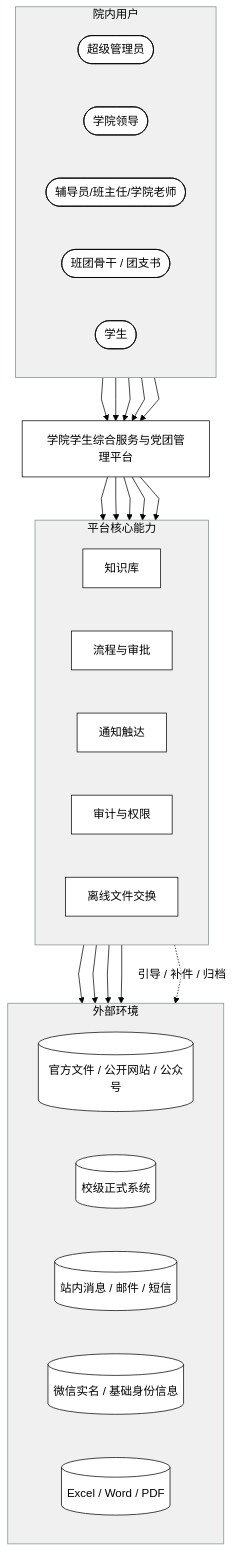
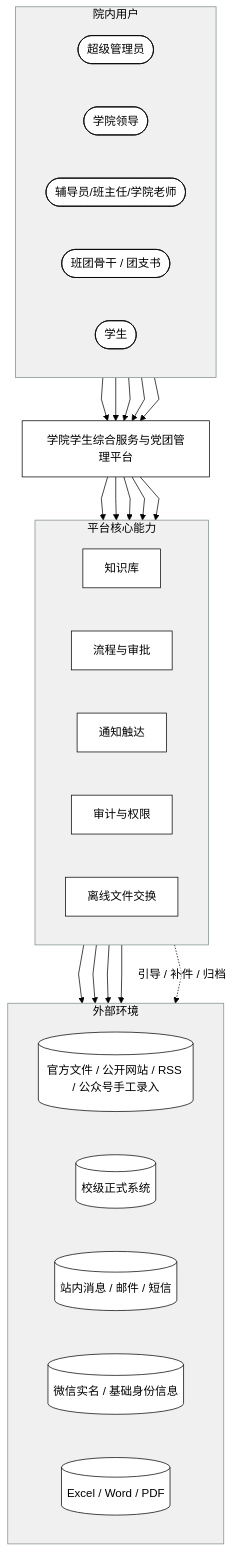
Before and after one commit to RUC-zlhz/super-ruc: the diagram in docs/srs/02-software-glance.md, drawn with Mermaid. The commit also changed other lines of this file and 95 other files, not shown here.

````diff
--- a/docs/srs/02-software-glance.md
+++ b/docs/srs/02-software-glance.md
@@ -8,71 +8,71 @@
 ```mermaid
 %%{
   init: {
     "theme": "base",
     "themeVariables": {
       "fontFamily": "Times New Roman, SimSun, serif",
       "primaryColor": "#ffffff",
       "primaryBorderColor": "#000000",
       "primaryTextColor": "#000000",
       "lineColor": "#000000",
       "clusterBkg": "#f0f0f0",
       "clusterBorder": "#7f8c8d",
       "fontSize": "16px",
       "lineWidth": "2px"
     },
     "flowchart": {
       "curve": "linear",
       "nodeSpacing": 60,
       "rankSpacing": 60,
       "htmlLabels": false
     }
   }
 }%%
 flowchart TB
     subgraph Users[院内用户]
         direction LR
         Admin([超级管理员])
         Leader([学院领导])
         Teacher([辅导员/班主任/学院老师])
         Cadre([班团骨干 / 团支书])
         Student([学生])
     end
 
     Platform[学院学生综合服务与党团管理平台]
 
     subgraph Capability[平台核心能力]
         direction LR
         Knowledge[知识库]
         Workflow[流程与审批]
         Notify[通知触达]
         Audit[审计与权限]
         Exchange[离线文件交换]
     end
 
     subgraph External[外部环境]
         direction LR
-        Official[(官方文件 / 公开网站 / 公众号)]
+        Official[(官方文件 / 公开网站 / RSS / 公众号手工录入)]
         School[(校级正式系统)]
         Message[(站内消息 / 邮件 / 短信)]
         Identity[(微信实名 / 基础身份信息)]
         Files[(Excel / Word / PDF)]
     end
 
     Student --> Platform
     Cadre --> Platform
     Teacher --> Platform
     Leader --> Platform
     Admin --> Platform
 
     Platform --> Knowledge
     Platform --> Workflow
     Platform --> Notify
     Platform --> Audit
     Platform --> Exchange
 
     Knowledge --> Official
     Exchange --> Identity
     Exchange --> Files
     Notify --> Message
     Workflow -. 引导 / 补件 / 归档 .-> School
 ```
````
